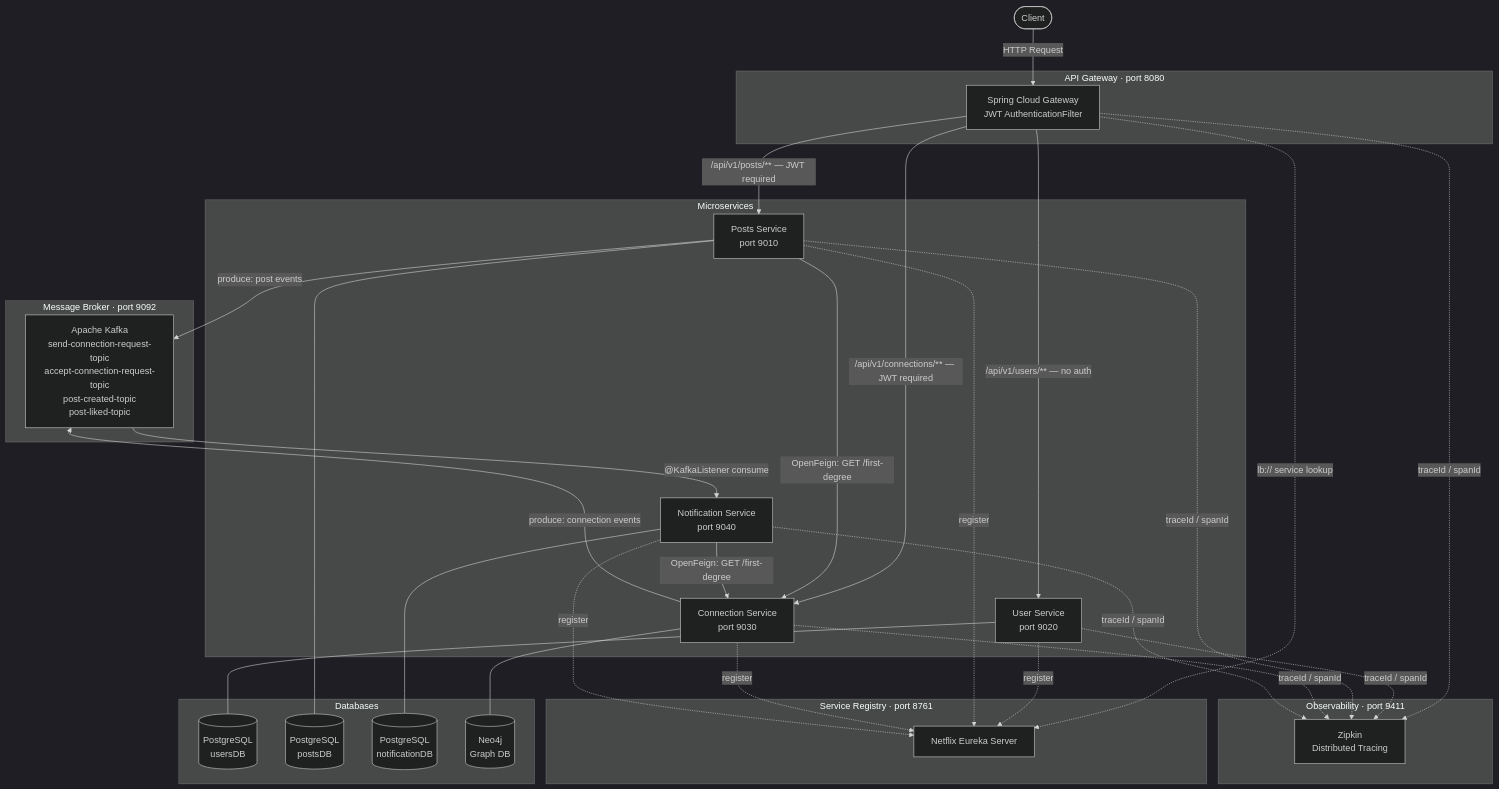
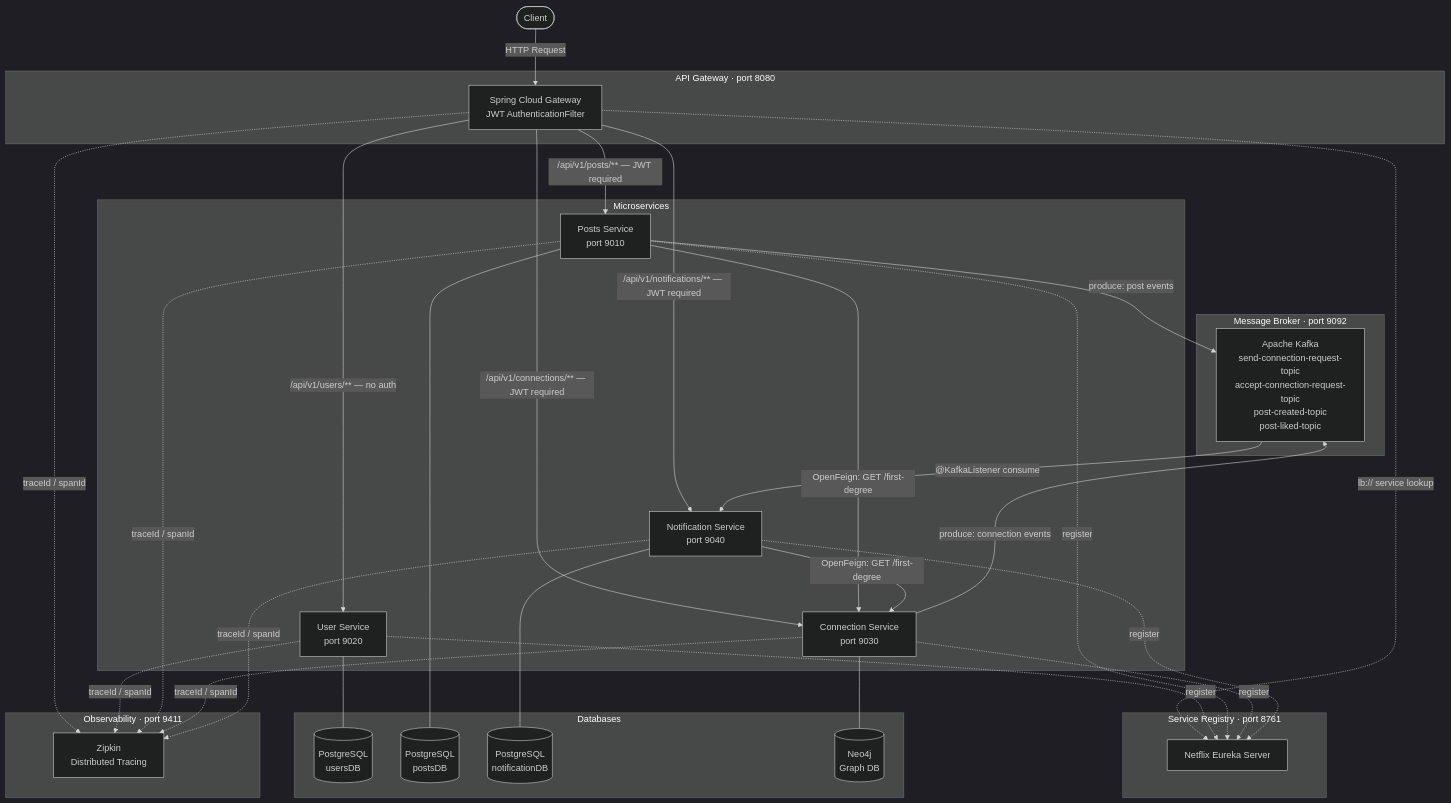
Before and after one commit to supreetkumar32/LinkedInApp: the diagram in README.md, drawn with Mermaid (dark theme). The commit also changed other lines of this file and 4 other files, not shown here.

````diff
--- a/README.md
+++ b/README.md
@@ -27,64 +27,65 @@
 ```mermaid
 flowchart TD
     Client(["Client"])
 
     subgraph GW_BOX["API Gateway  ·  port 8080"]
         GW["Spring Cloud Gateway\nJWT AuthenticationFilter"]
     end
 
     subgraph EUR_BOX["Service Registry  ·  port 8761"]
         EUR["Netflix Eureka Server"]
     end
 
     subgraph SVC["Microservices"]
         US["User Service\nport 9020"]
         PS["Posts Service\nport 9010"]
         CS["Connection Service\nport 9030"]
         NS["Notification Service\nport 9040"]
     end
 
     subgraph KAFKA_BOX["Message Broker  ·  port 9092"]
         K["Apache Kafka\nsend-connection-request-topic\naccept-connection-request-topic\npost-created-topic\npost-liked-topic"]
     end
 
     subgraph DB["Databases"]
         PG1[("PostgreSQL\nusersDB")]
         PG2[("PostgreSQL\npostsDB")]
         PG3[("PostgreSQL\nnotificationDB")]
         NEO[("Neo4j\nGraph DB")]
     end
 
     subgraph OBS["Observability  ·  port 9411"]
         ZIP["Zipkin\nDistributed Tracing"]
     end
 
     Client -->|"HTTP Request"| GW
 
     GW -->|"/api/v1/users/** — no auth"| US
     GW -->|"/api/v1/posts/** — JWT required"| PS
     GW -->|"/api/v1/connections/** — JWT required"| CS
+    GW -->|"/api/v1/notifications/** — JWT required"| NS
 
     GW -.->|"lb:// service lookup"| EUR
     US -.->|register| EUR
     PS -.->|register| EUR
     CS -.->|register| EUR
     NS -.->|register| EUR
 
     US --- PG1
     PS --- PG2
     NS --- PG3
     CS --- NEO
 
     CS -->|"produce: connection events"| K
     PS -->|"produce: post events"| K
     K -->|"@KafkaListener consume"| NS
 
     PS -->|"OpenFeign: GET /first-degree"| CS
     NS -->|"OpenFeign: GET /first-degree"| CS
 
     GW -.->|"traceId / spanId"| ZIP
     US -.->|"traceId / spanId"| ZIP
     PS -.->|"traceId / spanId"| ZIP
     CS -.->|"traceId / spanId"| ZIP
     NS -.->|"traceId / spanId"| ZIP
 ```
````
